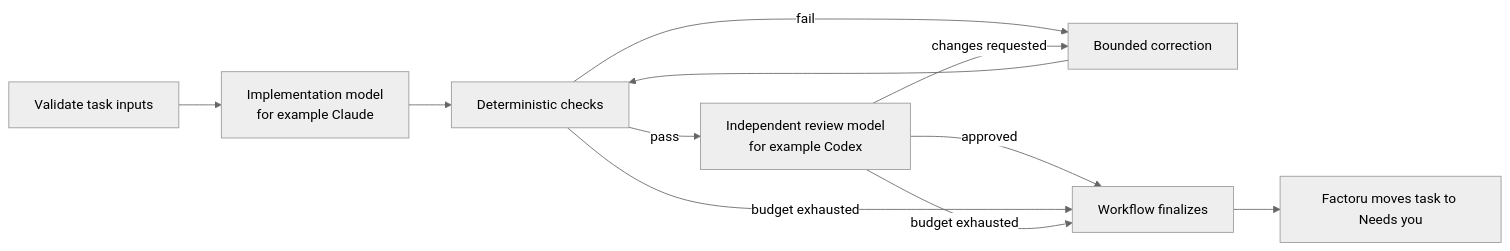
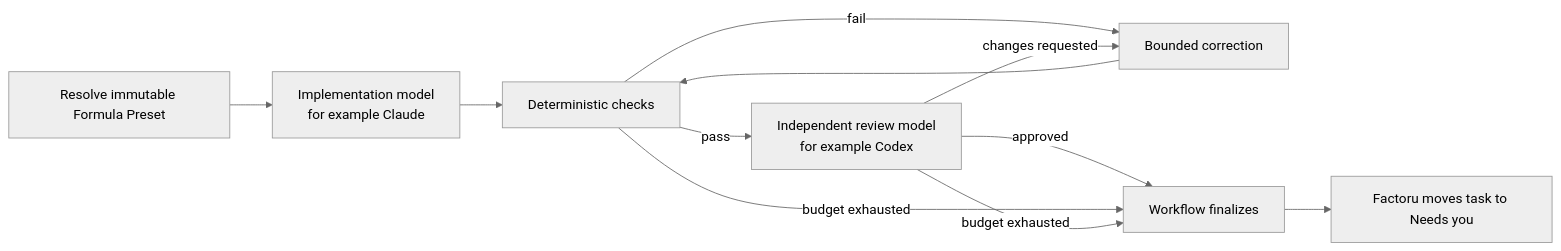
The third of 3 diagrams in docs/ROADMAP.md (RUverse/factoru), drawn with Mermaid (neutral theme) before and after one commit. The commit also changed other lines of this file and 57 other files, not shown here.

````diff
--- a/docs/ROADMAP.md
+++ b/docs/ROADMAP.md
@@ -505,13 +527,13 @@
 ```mermaid
 flowchart LR
-    P["Validate task inputs"] --> A["Implementation model<br/>for example Claude"]
+    P["Resolve immutable Formula Preset"] --> A["Implementation model<br/>for example Claude"]
     A --> B["Deterministic checks"]
     B -->|"pass"| C["Independent review model<br/>for example Codex"]
     B -->|"fail"| D["Bounded correction"]
     C -->|"changes requested"| D
     D --> B
     C -->|"approved"| F["Workflow finalizes"]
     B -->|"budget exhausted"| F
     C -->|"budget exhausted"| F
     F --> E["Factoru moves task to Needs you"]
 ```
````
